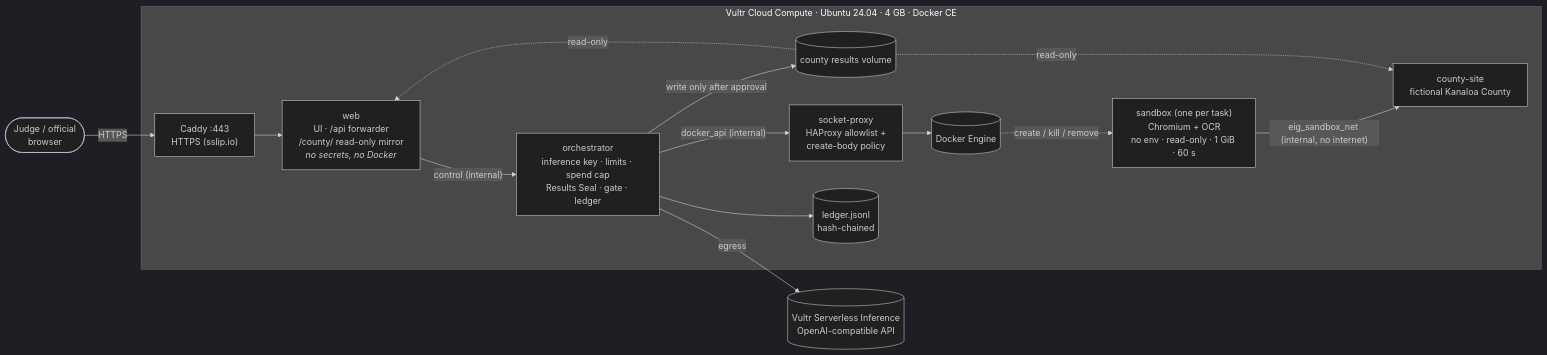
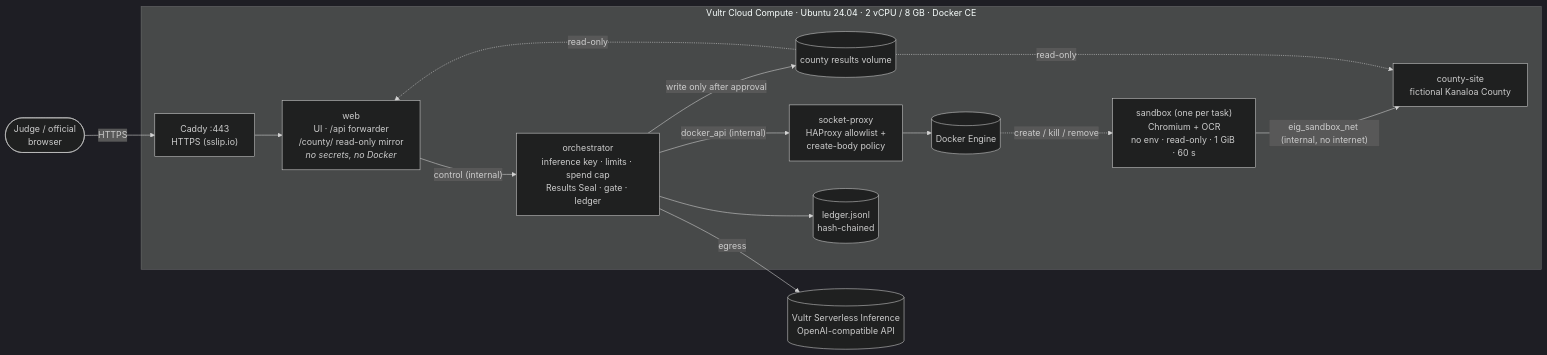
The second of 2 diagrams in README.md (nguyenhuulong2222/eig-agent-rush), drawn with Mermaid (dark theme) before and after one commit. The commit also changed other lines of this file and 6 other files, not shown here.

````diff
--- a/README.md
+++ b/README.md
@@ -73,26 +73,26 @@
 ```mermaid
 flowchart LR
     U(["Judge / official<br/>browser"])
     AI[("Vultr Serverless Inference<br/>OpenAI-compatible API")]
-    subgraph VM["Vultr Cloud Compute · Ubuntu 24.04 · 4 GB · Docker CE"]
+    subgraph VM["Vultr Cloud Compute · Ubuntu 24.04 · 2 vCPU / 8 GB · Docker CE"]
         C["Caddy :443<br/>HTTPS (sslip.io)"]
         W["web<br/>UI · /api forwarder<br/>/county/ read-only mirror<br/><i>no secrets, no Docker</i>"]
         O["orchestrator<br/>inference key · limits · spend cap<br/>Results Seal · gate · ledger"]
         P["socket-proxy<br/>HAProxy allowlist +<br/>create-body policy"]
         D[("Docker Engine")]
         S["sandbox (one per task)<br/>Chromium + OCR<br/>no env · read-only · 1 GiB · 60 s"]
         K["county-site<br/>fictional Kanaloa County"]
         V[("county results volume")]
         L[("ledger.jsonl<br/>hash-chained")]
     end
     U -->|HTTPS| C --> W
     W -->|"control (internal)"| O
     O -->|egress| AI
     O -->|"docker_api (internal)"| P --> D
     D -.->|"create / kill / remove"| S
     S -->|"eig_sandbox_net (internal, no internet)"| K
     V -.->|read-only| K
     V -.->|read-only| W
     O -->|"write only after approval"| V
     O --> L
 ```
````
